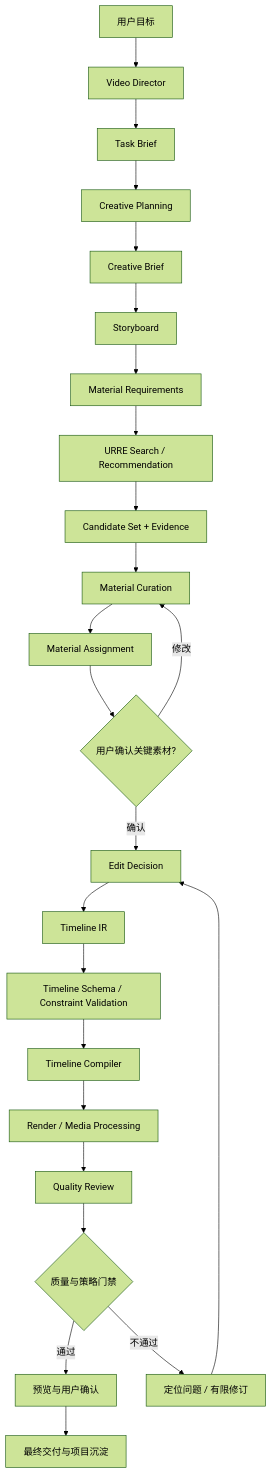
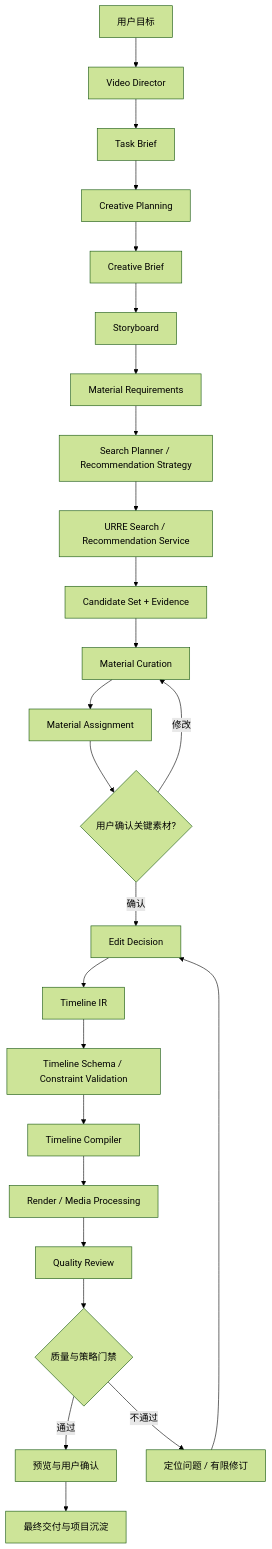
One commit to human-cosmos/search-rec-docs changed the third of 4 diagrams in 03_Video_Domain_架构设计.md. Above: the diagram before and after it, drawn with Mermaid (forest theme). The commit also changed other lines of this file and 10 other files, not shown here.

Commit message:
docs: update architecture and implementation documentation

````diff
--- a/03_Video_Domain_架构设计.md
+++ b/03_Video_Domain_架构设计.md
@@ -216,26 +225,27 @@
 ```mermaid
 flowchart TB
   U[用户目标] --> D[Video Director]
   D --> TB[Task Brief]
   TB --> CP[Creative Planning]
   CP --> CB[Creative Brief]
   CB --> SB[Storyboard]
   SB --> MR[Material Requirements]
-  MR --> RR[URRE Search / Recommendation]
-  RR --> CS[Candidate Set + Evidence]
+  MR --> RR[Search Planner / Recommendation Strategy]
+  RR --> RS[URRE Search / Recommendation Service]
+  RS --> CS[Candidate Set + Evidence]
   CS --> MC[Material Curation]
   MC --> MA[Material Assignment]
   MA --> USER{用户确认关键素材?}
   USER -->|修改| MC
   USER -->|确认| ED[Edit Decision]
   ED --> TL[Timeline IR]
   TL --> VAL[Timeline Schema / Constraint Validation]
   VAL --> COMP[Timeline Compiler]
   COMP --> RENDER[Render / Media Processing]
   RENDER --> QA[Quality Review]
   QA --> PASS{质量与策略门禁}
   PASS -->|通过| PREVIEW[预览与用户确认]
   PASS -->|不通过| FIX[定位问题 / 有限修订]
   FIX --> ED
   PREVIEW --> FINAL[最终交付与项目沉淀]
 ```
````
